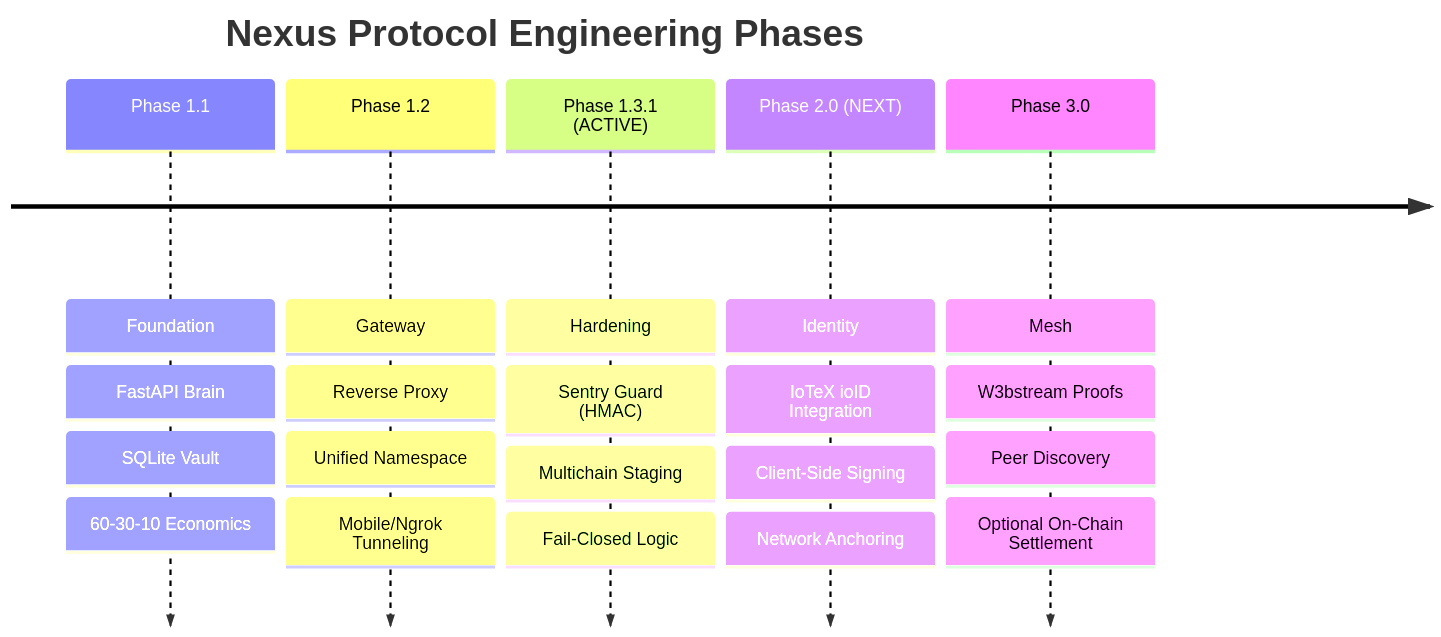
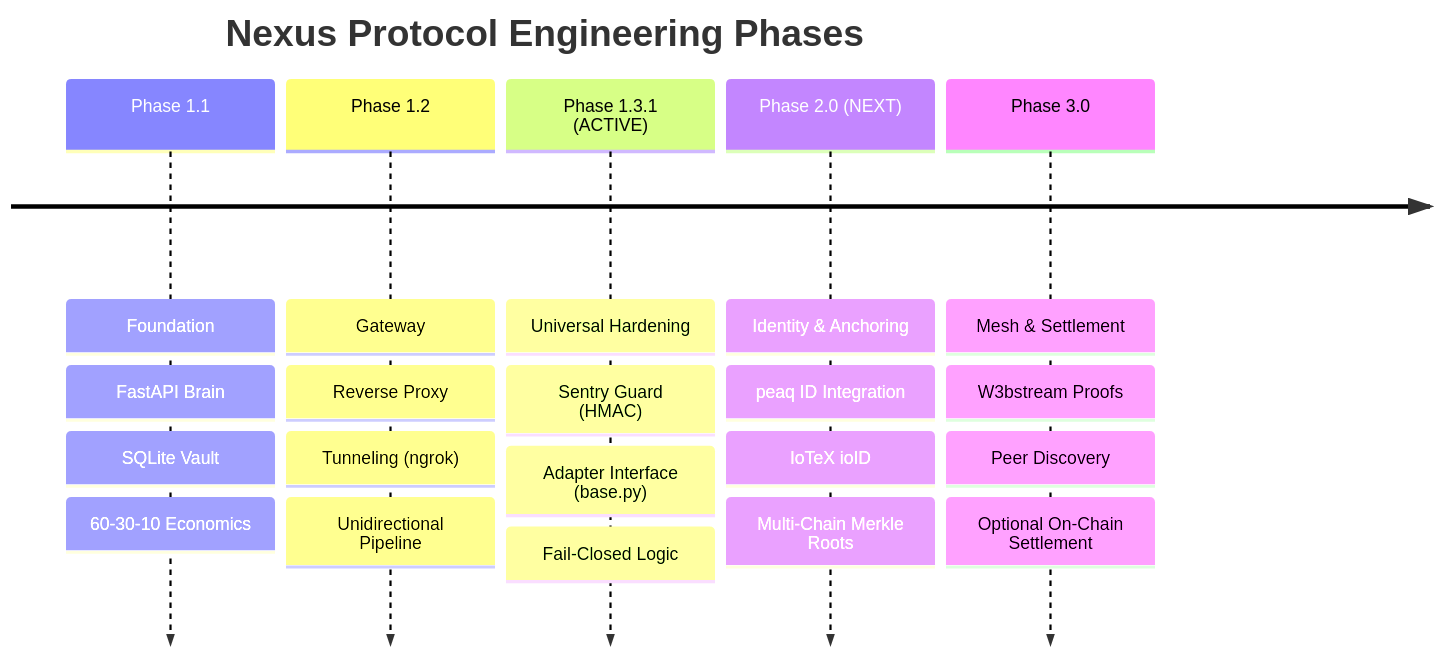
The diagram in docs/ROADMAP.md (arhantbarmate/nexus-core), drawn with Mermaid before and after one commit. The commit also changed other lines of this file, not shown here.

Commit message:
docs: finalize roadmap with privacy and safety clarifications

````diff
--- a/docs/ROADMAP.md
+++ b/docs/ROADMAP.md
@@ -15,9 +15,9 @@
 ```mermaid
 timeline
     title Nexus Protocol Engineering Phases
     Phase 1.1 : Foundation : FastAPI Brain : SQLite Vault : 60-30-10 Economics
-    Phase 1.2 : Gateway : Reverse Proxy : Unified Namespace : Mobile/Ngrok Tunneling
-    Phase 1.3.1 (ACTIVE) : Hardening : Sentry Guard (HMAC) : Multichain Staging : Fail-Closed Logic
-    Phase 2.0 (NEXT) : Identity : IoTeX ioID Integration : Client-Side Signing : Network Anchoring
-    Phase 3.0 : Mesh : W3bstream Proofs : Peer Discovery : Optional On-Chain Settlement
+    Phase 1.2 : Gateway : Reverse Proxy : Tunneling (ngrok) : Unidirectional Pipeline
+    Phase 1.3.1 (ACTIVE) : Universal Hardening : Sentry Guard (HMAC) : Adapter Interface (base.py) : Fail-Closed Logic
+    Phase 2.0 (NEXT) : Identity & Anchoring : peaq ID Integration : IoTeX ioID : Multi-Chain Merkle Roots
+    Phase 3.0 : Mesh & Settlement : W3bstream Proofs : Peer Discovery : Optional On-Chain Settlement
 ```
````
